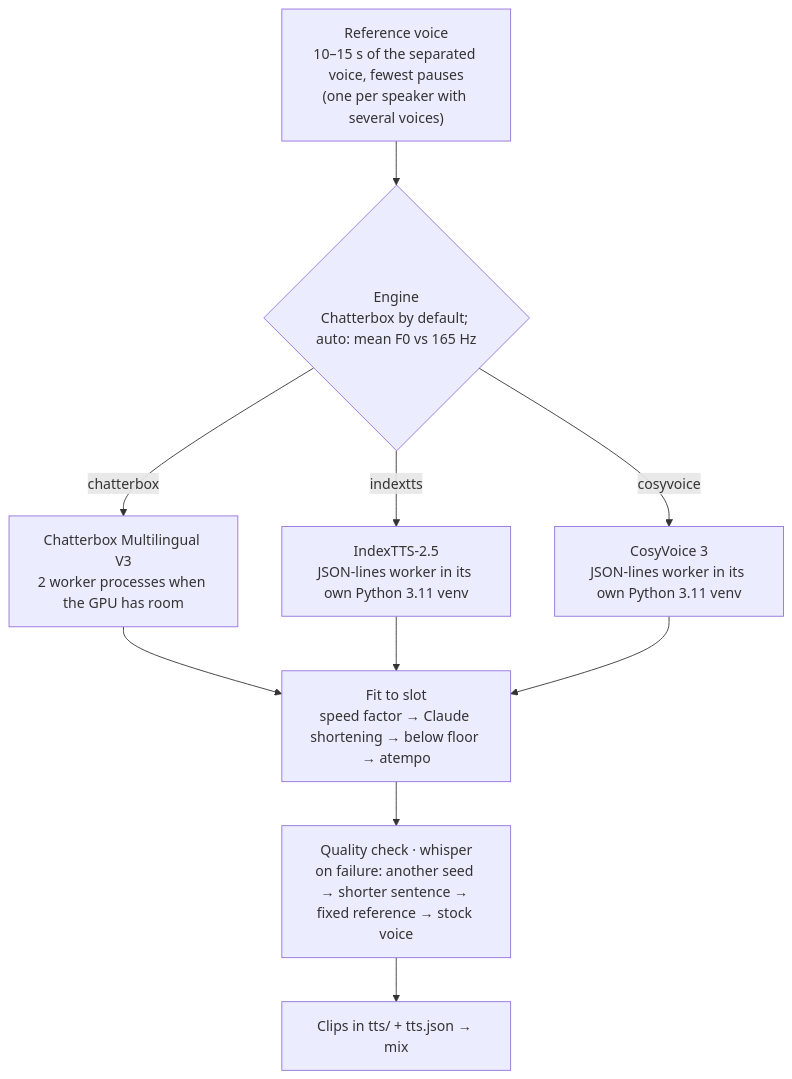
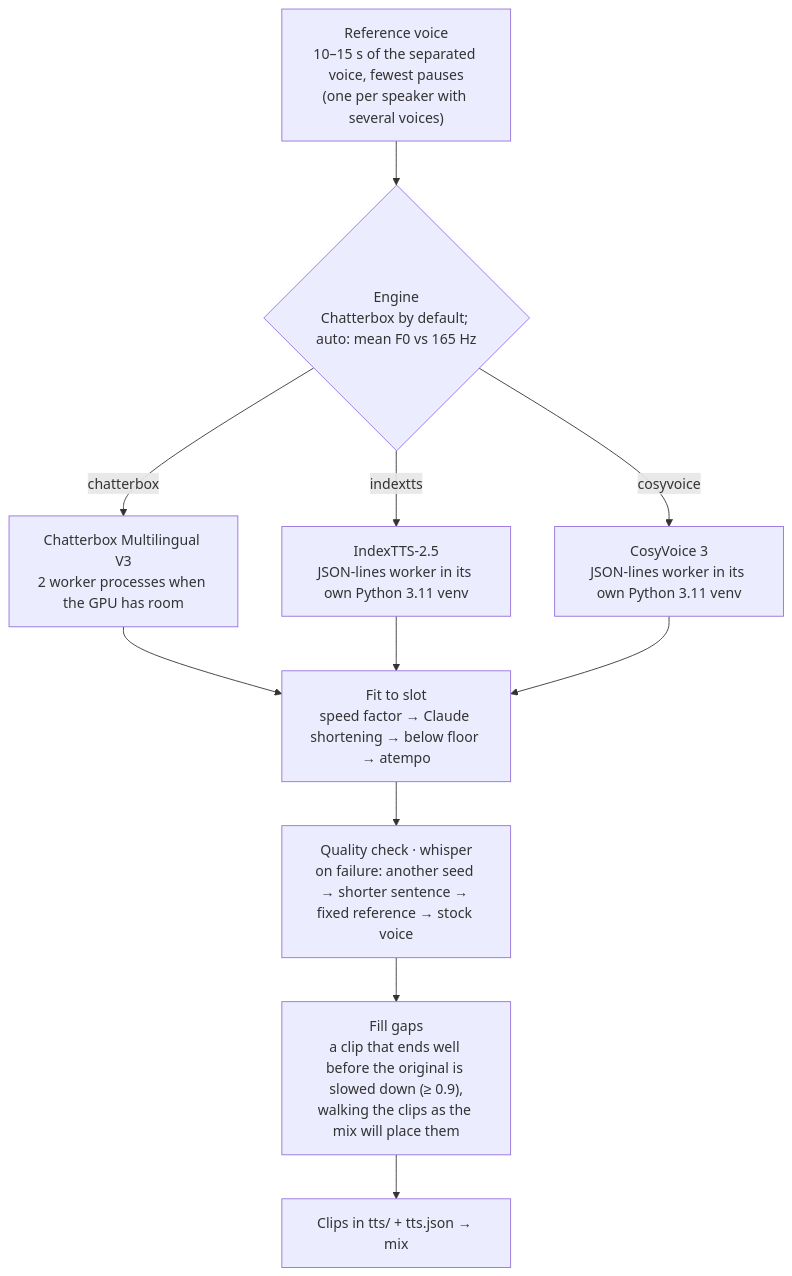
One commit to rldona/OpenDub changed the second of 4 diagrams in docs/architecture.md. Above: the diagram before and after it, drawn with Mermaid. The commit also changed 19 other files, not shown here.

First line of the commit message:
Slow down a voice that ends early, where the mix will place it

````diff
--- a/docs/architecture.md
+++ b/docs/architecture.md
@@ -67,14 +67,15 @@
 ```mermaid
 flowchart TD
     ref["Reference voice<br/>10–15 s of the separated voice, fewest pauses<br/>(one per speaker with several voices)"] --> auto
     auto{"Engine<br/>Chatterbox by default; auto: mean F0 vs 165 Hz"}
     auto -- "chatterbox" --> cb["Chatterbox Multilingual V3<br/>2 worker processes when the GPU has room"]
     auto -- "indextts" --> itts["IndexTTS-2.5<br/>JSON-lines worker in its own Python 3.11 venv"]
     auto -- "cosyvoice" --> cv["CosyVoice 3<br/>JSON-lines worker in its own Python 3.11 venv"]
     cb --> fit
     itts --> fit
     cv --> fit
     fit["Fit to slot<br/>speed factor → Claude shortening → below floor → atempo"] --> qc
-    qc["Quality check · whisper<br/>on failure: another seed → shorter sentence → fixed reference → stock voice"] --> clips
+    qc["Quality check · whisper<br/>on failure: another seed → shorter sentence → fixed reference → stock voice"] --> gaps
+    gaps["Fill gaps<br/>a clip that ends well before the original is slowed down (≥ 0.9),<br/>walking the clips as the mix will place them"] --> clips
     clips["Clips in tts/ + tts.json → mix"]
 ```
````
